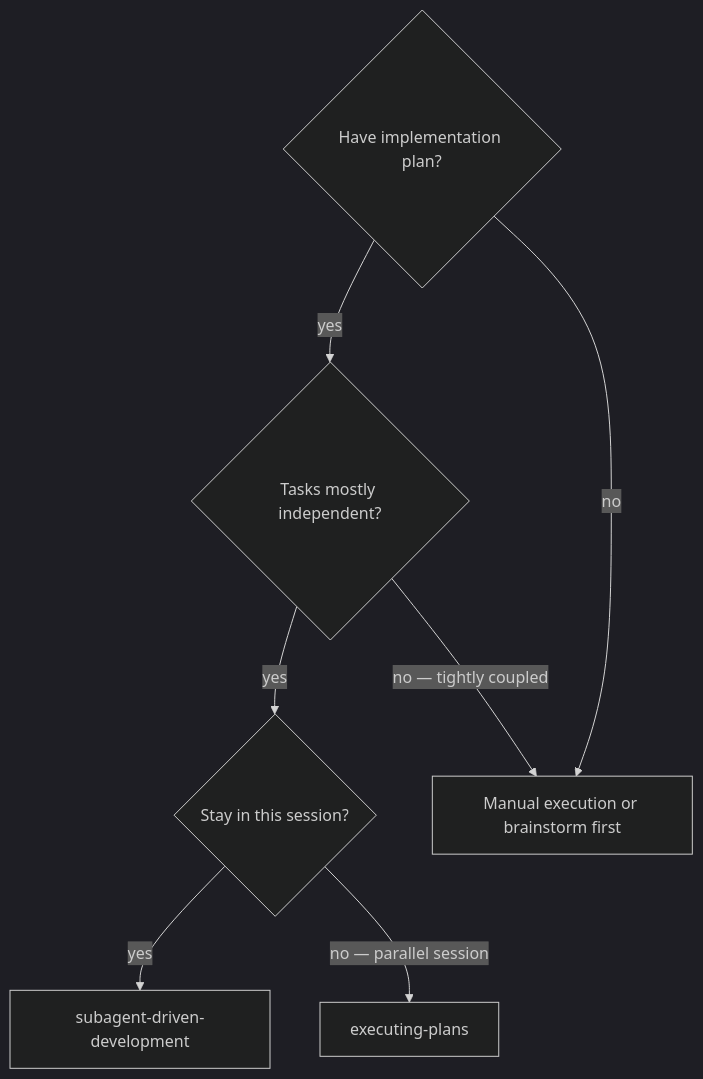
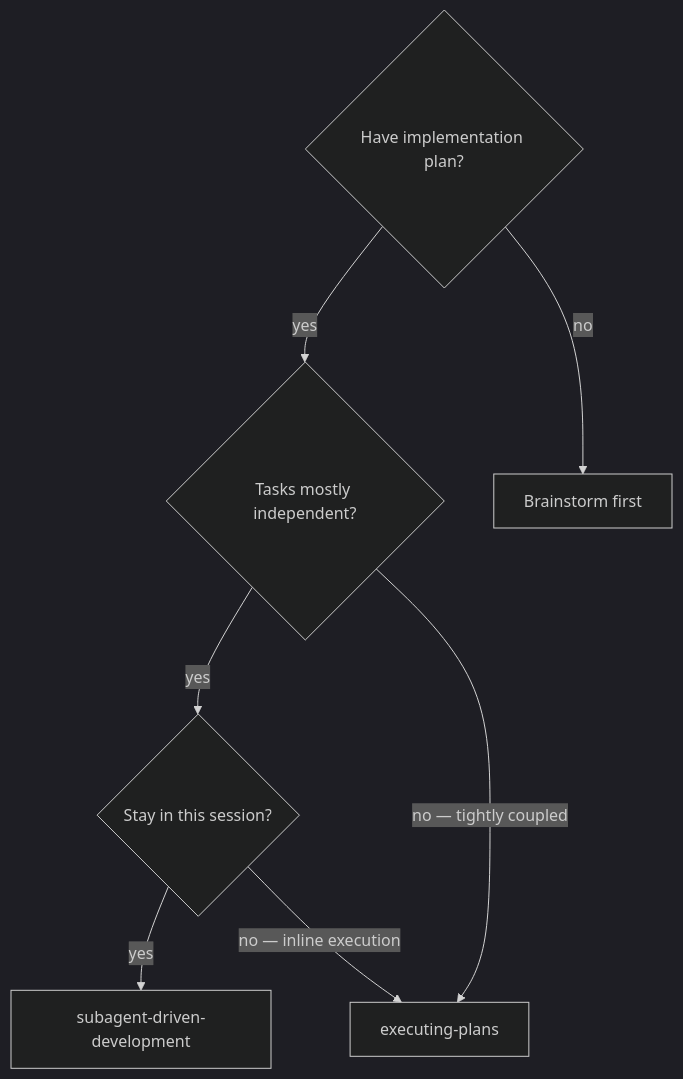
One commit to Hortora/soredium changed the first of 2 diagrams in subagent-driven-development/SKILL.md. Above: the diagram before and after it, drawn with Mermaid (dark theme). The commit also changed other lines of this file and 79 other files, not shown here.

````diff
--- a/subagent-driven-development/SKILL.md
+++ b/subagent-driven-development/SKILL.md
@@ -33,16 +33,16 @@
 ```mermaid
 flowchart TD
     Q1{"Have implementation plan?"}
     Q2{"Tasks mostly independent?"}
     Q3{"Stay in this session?"}
     SDD["subagent-driven-development"]
     EP["executing-plans"]
-    MANUAL["Manual execution or brainstorm first"]
+    NOPLAN["Brainstorm first"]
 
     Q1 -->|"yes"| Q2
-    Q1 -->|"no"| MANUAL
+    Q1 -->|"no"| NOPLAN
     Q2 -->|"yes"| Q3
-    Q2 -->|"no — tightly coupled"| MANUAL
+    Q2 -->|"no — tightly coupled"| EP
     Q3 -->|"yes"| SDD
-    Q3 -->|"no — parallel session"| EP
+    Q3 -->|"no — inline execution"| EP
 ```
````
